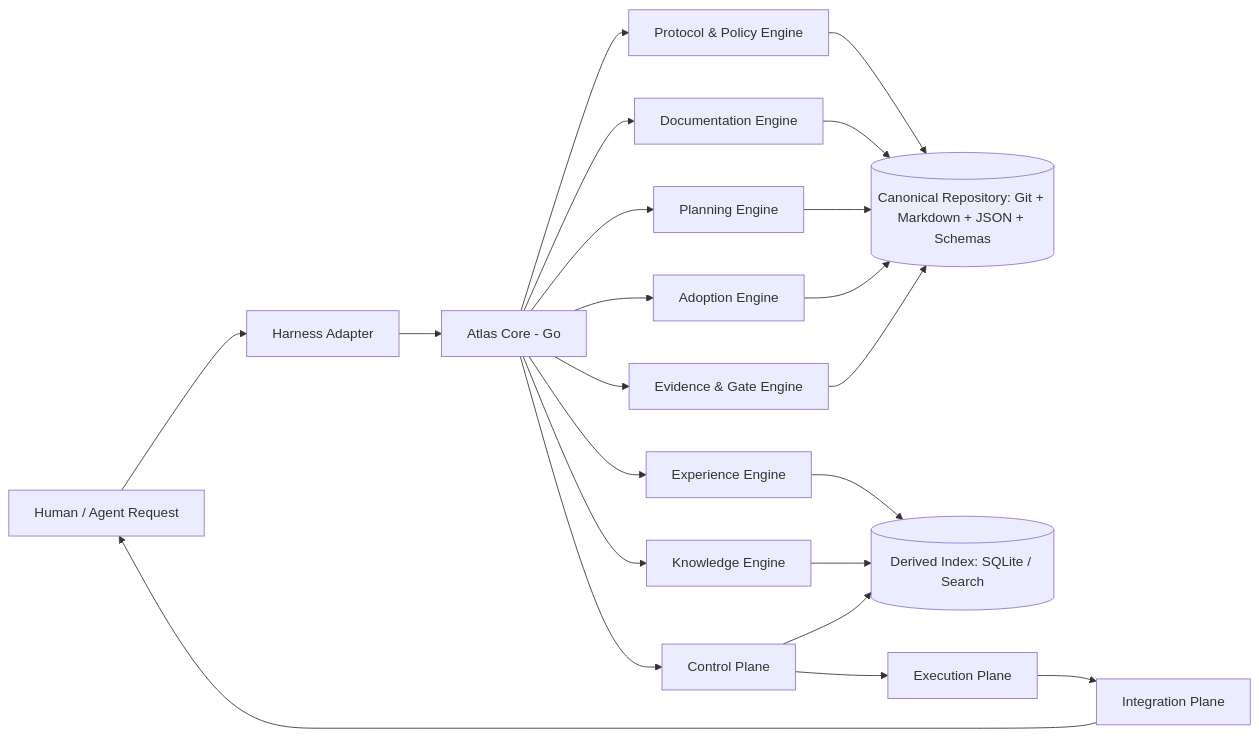
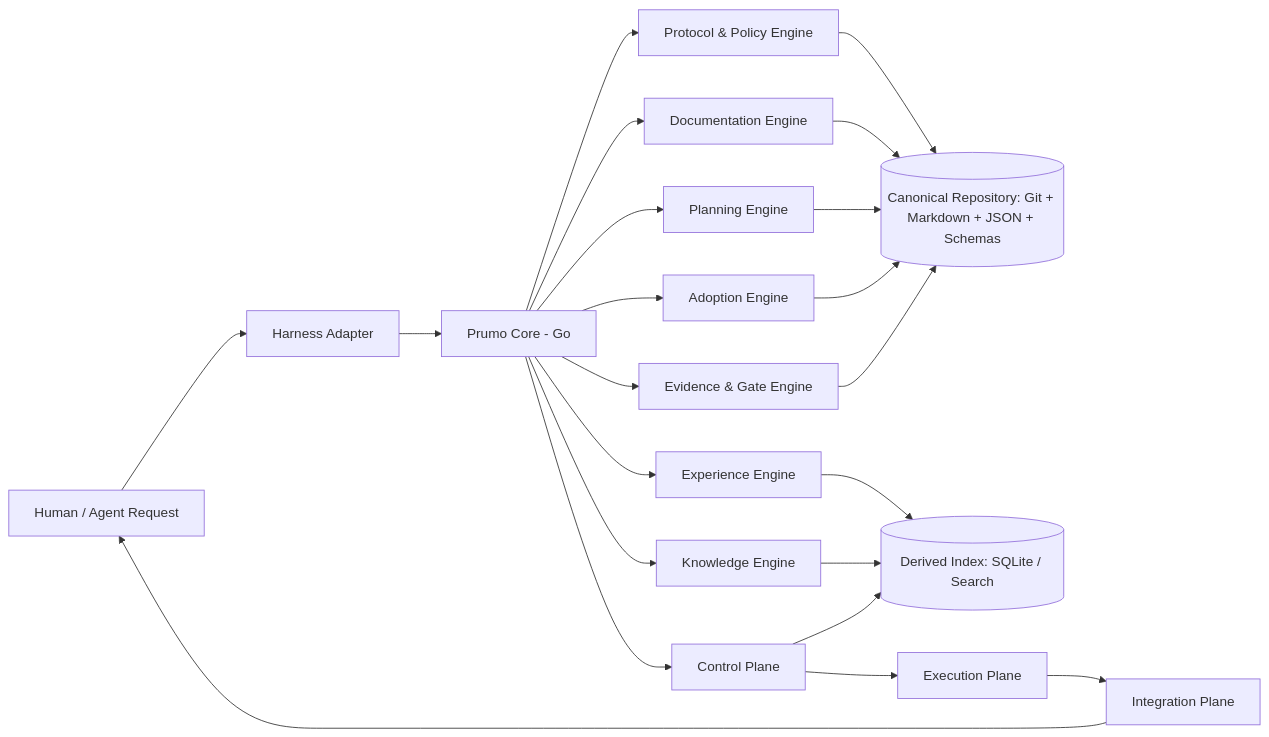
Before and after one commit to raillen/project-atlas-framework: the first of 2 diagrams in docs/architecture/overview.md, drawn with Mermaid. The commit also changed other lines of this file and 1877 other files, not shown here.

First line of the commit message:
refactor(identity): rebrand Project Atlas Framework as Prumo (#61)

````diff
--- a/docs/architecture/overview.md
+++ b/docs/architecture/overview.md
@@ -5,24 +5,24 @@
 ```mermaid
 flowchart LR
     H[Human / Agent Request] --> HA[Harness Adapter]
-    HA --> CORE[Atlas Core - Go]
+    HA --> CORE[Prumo Core - Go]
     CORE --> PP[Protocol & Policy Engine]
     CORE --> DE[Documentation Engine]
     CORE --> PL[Planning Engine]
     CORE --> AD[Adoption Engine]
     CORE --> EX[Experience Engine]
     CORE --> KN[Knowledge Engine]
     CORE --> VG[Evidence & Gate Engine]
     CORE --> CP[Control Plane]
     PP --> STORE[(Canonical Repository: Git + Markdown + JSON + Schemas)]
     DE --> STORE
     PL --> STORE
     AD --> STORE
     EX --> IDX[(Derived Index: SQLite / Search)]
     KN --> IDX
     VG --> STORE
     CP --> IDX
     CP --> EP[Execution Plane]
     EP --> IP[Integration Plane]
     IP --> H
 ```
````
